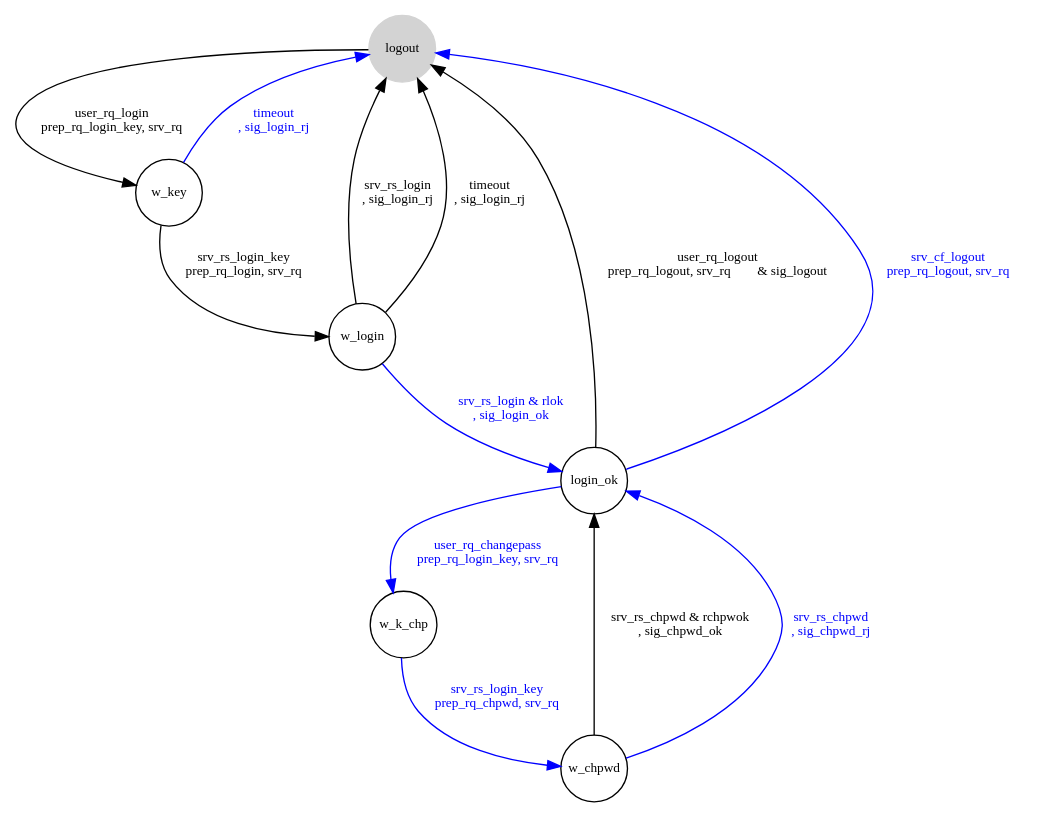
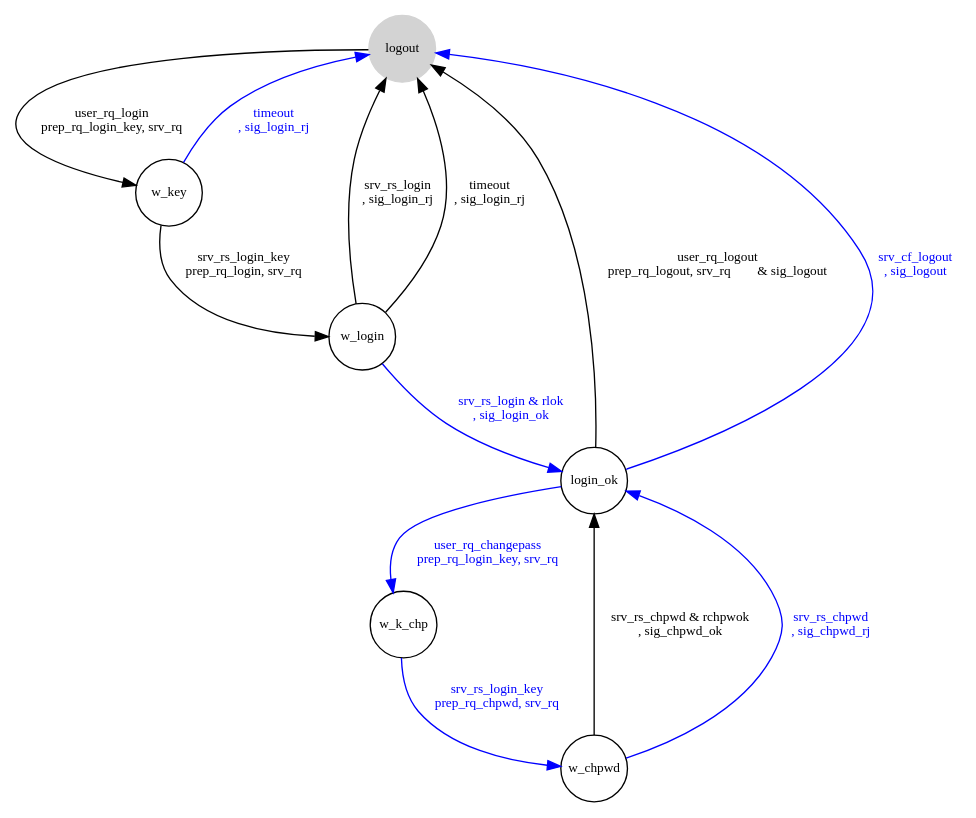
Before and after one commit to jleahred/maiquel-toolkit-cpp: the diagram in src/components/acs/cli/fsm_cli_acs.dot, drawn with Graphviz. The commit also changed 5 other files, not shown here.

```diff
--- a/src/components/acs/cli/fsm_cli_acs.dot
+++ b/src/components/acs/cli/fsm_cli_acs.dot
@@ -1,20 +1,20 @@
 digraph automata {
     node [shape = circle, fontsize=10, fixedsize=true width=0.7];
     logout [ style = filled, color=lightgrey ];
 
         logout  ->  w_key  [ label = "user_rq_login\nprep_rq_login_key, srv_rq", color=black, fontcolor=black, fontsize=10, fixedsize=true ];
     w_key  ->  w_login  [ label = "srv_rs_login_key\nprep_rq_login, srv_rq", color=black, fontcolor=black, fontsize=10, fixedsize=true ];
     w_key  ->  logout  [ label = "timeout\n, sig_login_rj", color=blue, fontcolor=blue, fontsize=10, fixedsize=true ];
     w_login  ->  login_ok  [ label = "srv_rs_login & rlok\n, sig_login_ok", color=blue, fontcolor=blue, fontsize=10, fixedsize=true ];
     w_login  ->  logout  [ label = "srv_rs_login\n, sig_login_rj", color=black, fontcolor=black, fontsize=10, fixedsize=true ];
     w_login  ->  logout  [ label = "timeout\n, sig_login_rj", color=black, fontcolor=black, fontsize=10, fixedsize=true ];
     login_ok  ->  logout  [ label = "user_rq_logout\nprep_rq_logout, srv_rq        & sig_logout", color=black, fontcolor=black, fontsize=10, fixedsize=true ];
-    login_ok  ->  logout  [ label = "srv_cf_logout\nprep_rq_logout, srv_rq", color=blue, fontcolor=blue, fontsize=10, fixedsize=true ];
+    login_ok  ->  logout  [ label = "srv_cf_logout\n, sig_logout", color=blue, fontcolor=blue, fontsize=10, fixedsize=true ];
     login_ok  ->  w_k_chp  [ label = "user_rq_changepass\nprep_rq_login_key, srv_rq", color=blue, fontcolor=blue, fontsize=10, fixedsize=true ];
     w_k_chp  ->  w_chpwd  [ label = "srv_rs_login_key\nprep_rq_chpwd, srv_rq", color=blue, fontcolor=blue, fontsize=10, fixedsize=true ];
     w_chpwd  ->  login_ok  [ label = "srv_rs_chpwd & rchpwok\n, sig_chpwd_ok", color=black, fontcolor=black, fontsize=10, fixedsize=true ];
     w_chpwd  ->  login_ok  [ label = "srv_rs_chpwd\n, sig_chpwd_rj", color=blue, fontcolor=blue, fontsize=10, fixedsize=true ];
  
 
     //fsm_cli_acs  [ shape = plaintext ];
 }
```
